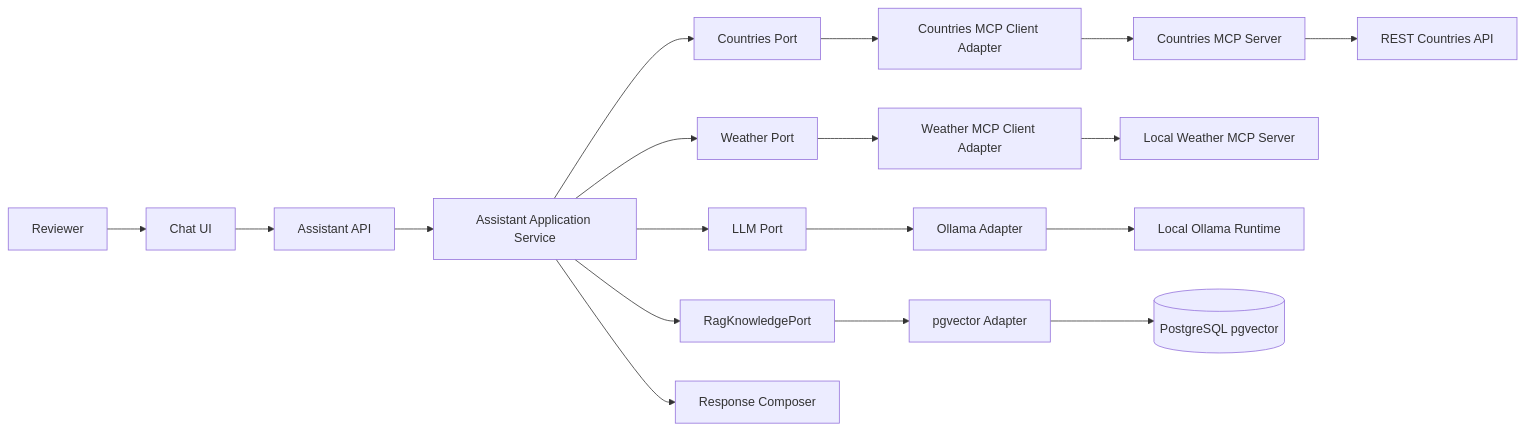
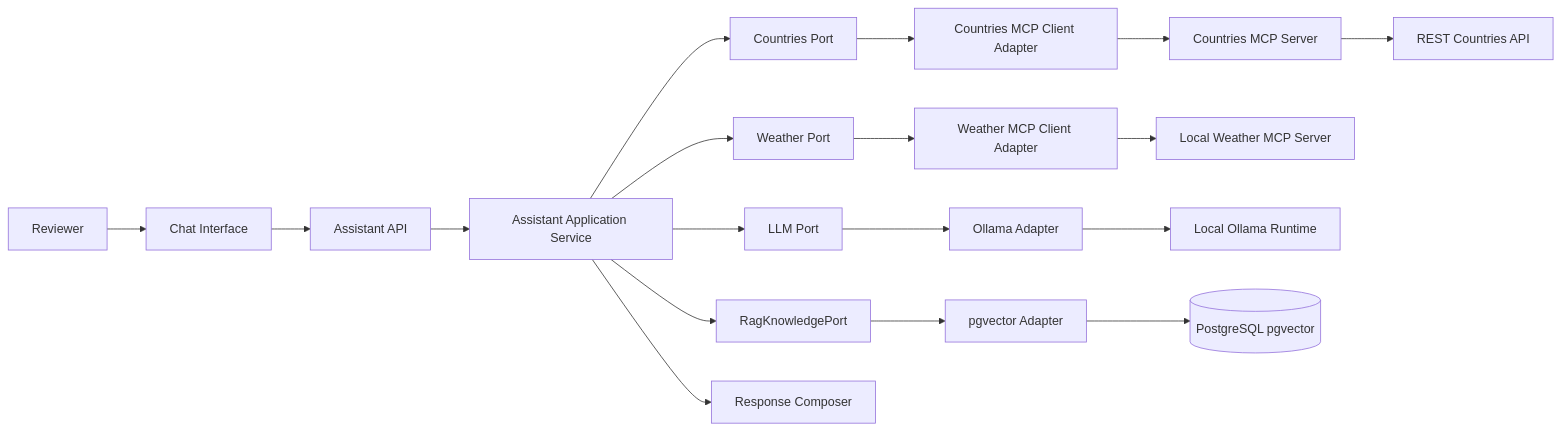
One commit to lyingparachute/ai-assistant changed the first of 6 diagrams in docs/spec/05-architecture.md. Above: the diagram before and after it, drawn with Mermaid. The commit also changed other lines of this file and 171 other files, not shown here.

````diff
--- a/docs/spec/05-architecture.md
+++ b/docs/spec/05-architecture.md
@@ -16,23 +16,23 @@
 ```mermaid
 flowchart LR
-    Reviewer[Reviewer] --> ChatUI[Chat UI]
-    ChatUI --> AssistantAPI[Assistant API]
+    Reviewer[Reviewer] --> ChatInterface[Chat Interface]
+    ChatInterface --> AssistantAPI[Assistant API]
     AssistantAPI --> Orchestrator[Assistant Application Service]
 
     Orchestrator --> LLMPort[LLM Port]
     Orchestrator --> RAGPort[RagKnowledgePort]
     Orchestrator --> CountriesPort[Countries Port]
     Orchestrator --> WeatherPort[Weather Port]
     Orchestrator --> Composer[Response Composer]
 
     LLMPort --> Ollama[Ollama Adapter]
     RAGPort --> Pgvector[pgvector Adapter]
     CountriesPort --> CountriesMcpClient[Countries MCP Client Adapter]
     WeatherPort --> WeatherMcpClient[Weather MCP Client Adapter]
 
     CountriesMcpClient --> CountriesMcpServer[Countries MCP Server]
     CountriesMcpServer --> RestCountries[REST Countries API]
     WeatherMcpClient --> WeatherMcpServer[Local Weather MCP Server]
     Ollama --> OllamaRuntime[Local Ollama Runtime]
     Pgvector --> Postgres[(PostgreSQL pgvector)]
 ```
````
